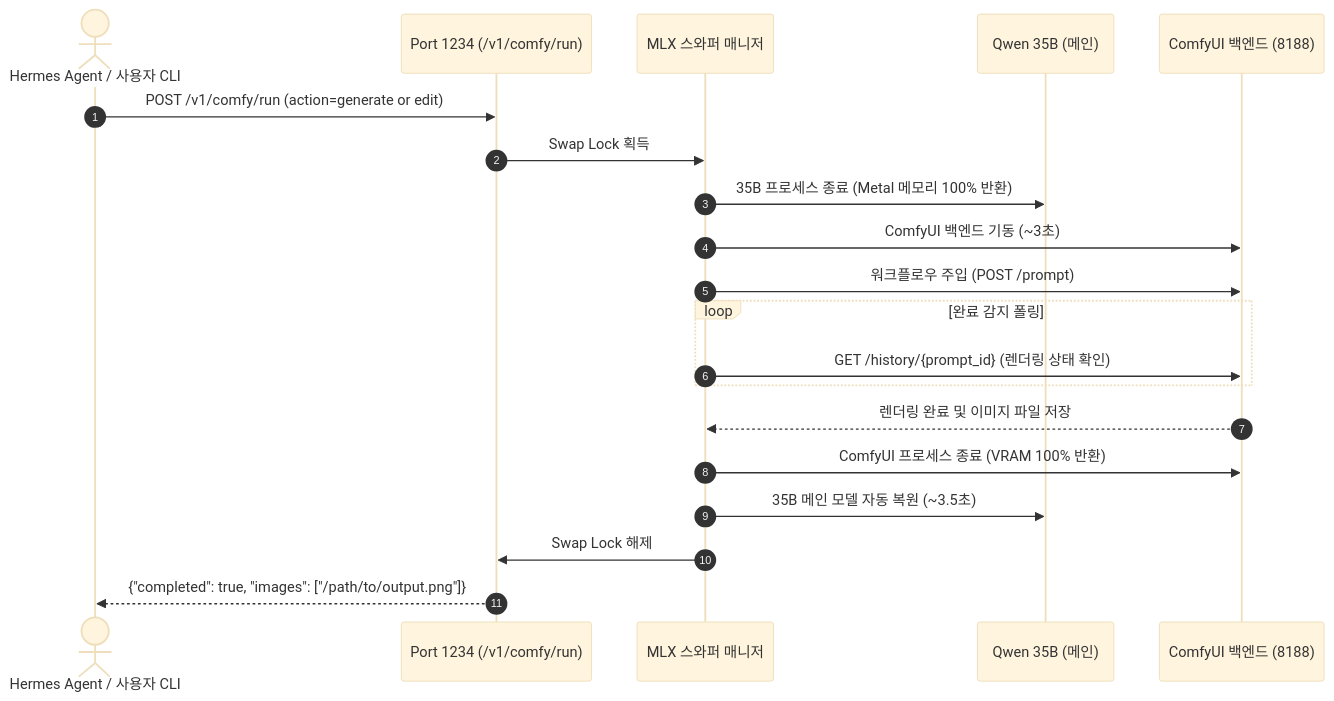
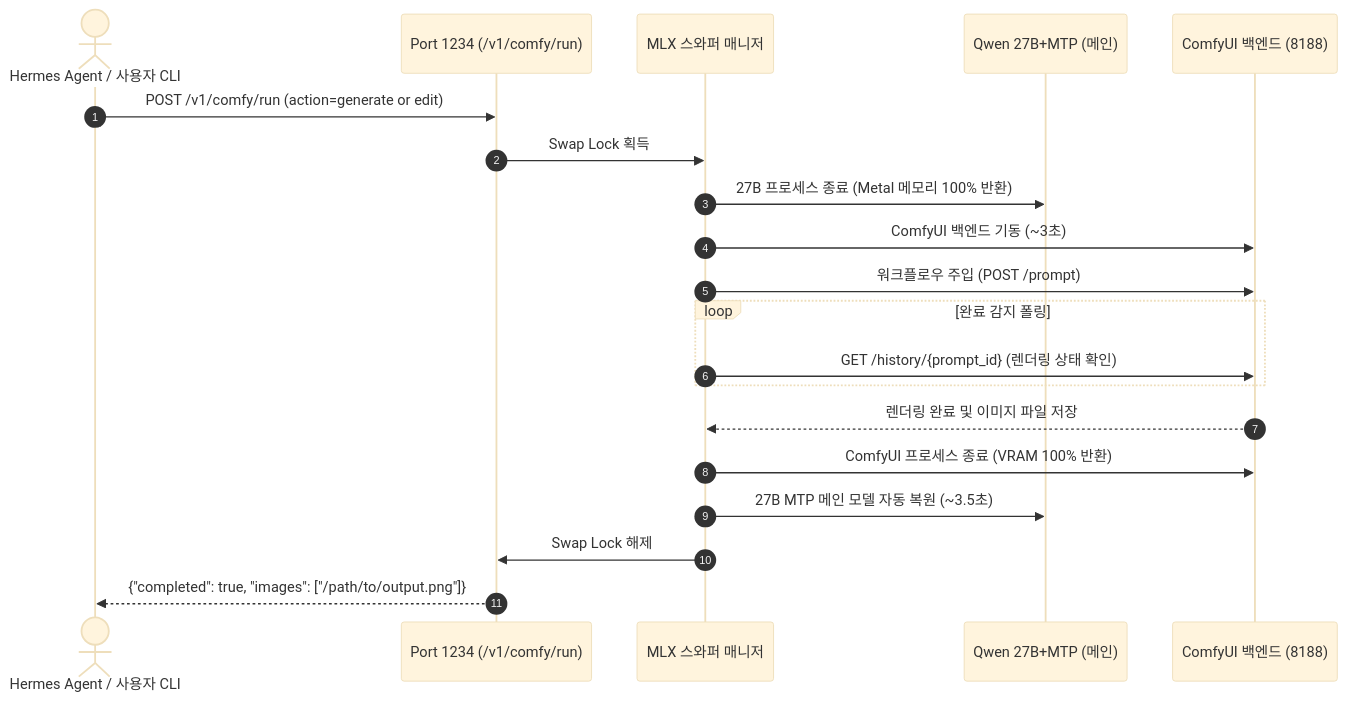
Before and after one commit to deokgoo/mlx-dynamic-swapper: the second of 2 diagrams in README.md, drawn with Mermaid (base theme). The commit also changed other lines of this file, not shown here.

Commit message:
docs: update README with Qwen 3.8 MTP, Gemma 4 MoE, and Universal Guard

````diff
--- a/README.md
+++ b/README.md
@@ -94,23 +94,23 @@
 ```mermaid
 sequenceDiagram
     autonumber
     actor User as Hermes Agent / 사용자 CLI
     participant API as Port 1234 (/v1/comfy/run)
     participant Swapper as MLX 스와퍼 매니저
-    participant M35B as Qwen 35B (메인)
+    participant M27B as Qwen 27B+MTP (메인)
     participant Comfy as ComfyUI 백엔드 (8188)
 
     User->>API: POST /v1/comfy/run (action=generate or edit)
     API->>Swapper: Swap Lock 획득
-    Swapper->>M35B: 35B 프로세스 종료 (Metal 메모리 100% 반환)
+    Swapper->>M27B: 27B 프로세스 종료 (Metal 메모리 100% 반환)
     Swapper->>Comfy: ComfyUI 백엔드 기동 (~3초)
     Swapper->>Comfy: 워크플로우 주입 (POST /prompt)
     loop 완료 감지 폴링
         Swapper->>Comfy: GET /history/{prompt_id} (렌더링 상태 확인)
     end
     Comfy-->>Swapper: 렌더링 완료 및 이미지 파일 저장
     Swapper->>Comfy: ComfyUI 프로세스 종료 (VRAM 100% 반환)
-    Swapper->>M35B: 35B 메인 모델 자동 복원 (~3.5초)
+    Swapper->>M27B: 27B MTP 메인 모델 자동 복원 (~3.5초)
     Swapper->>API: Swap Lock 해제
     API-->>User: {"completed": true, "images": ["/path/to/output.png"]}
 ```
````
